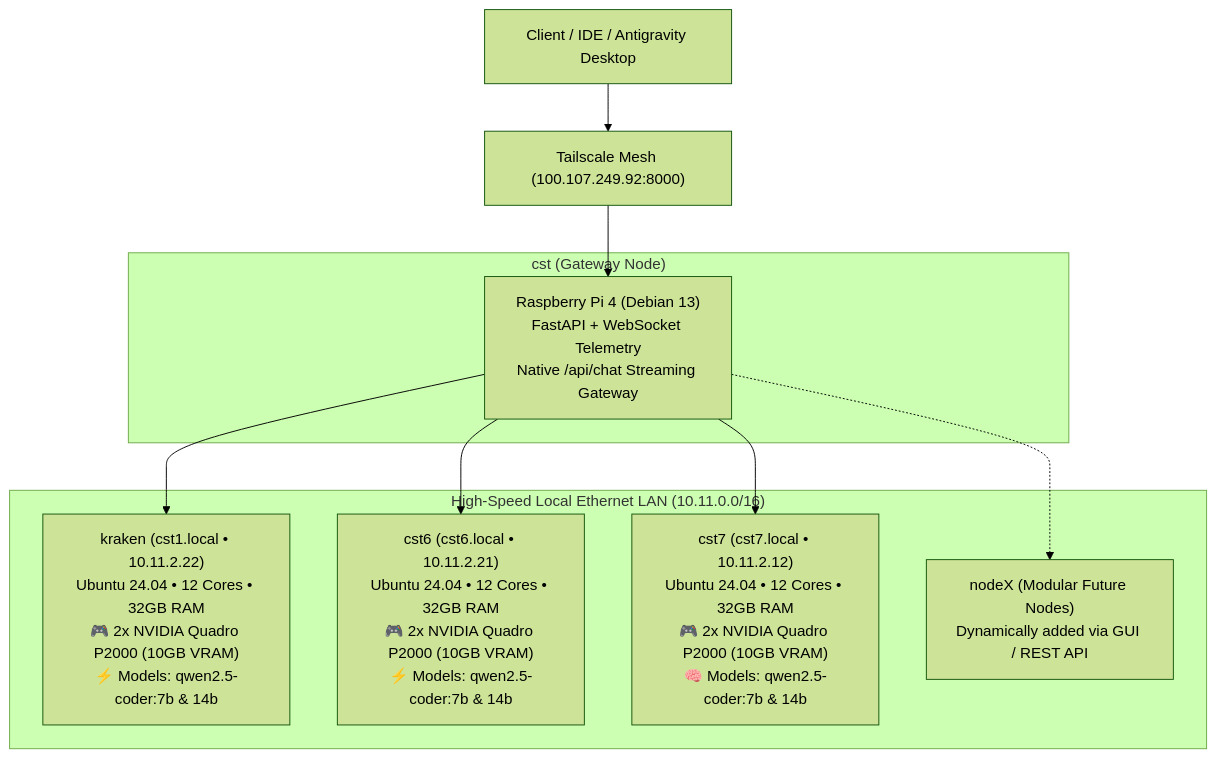
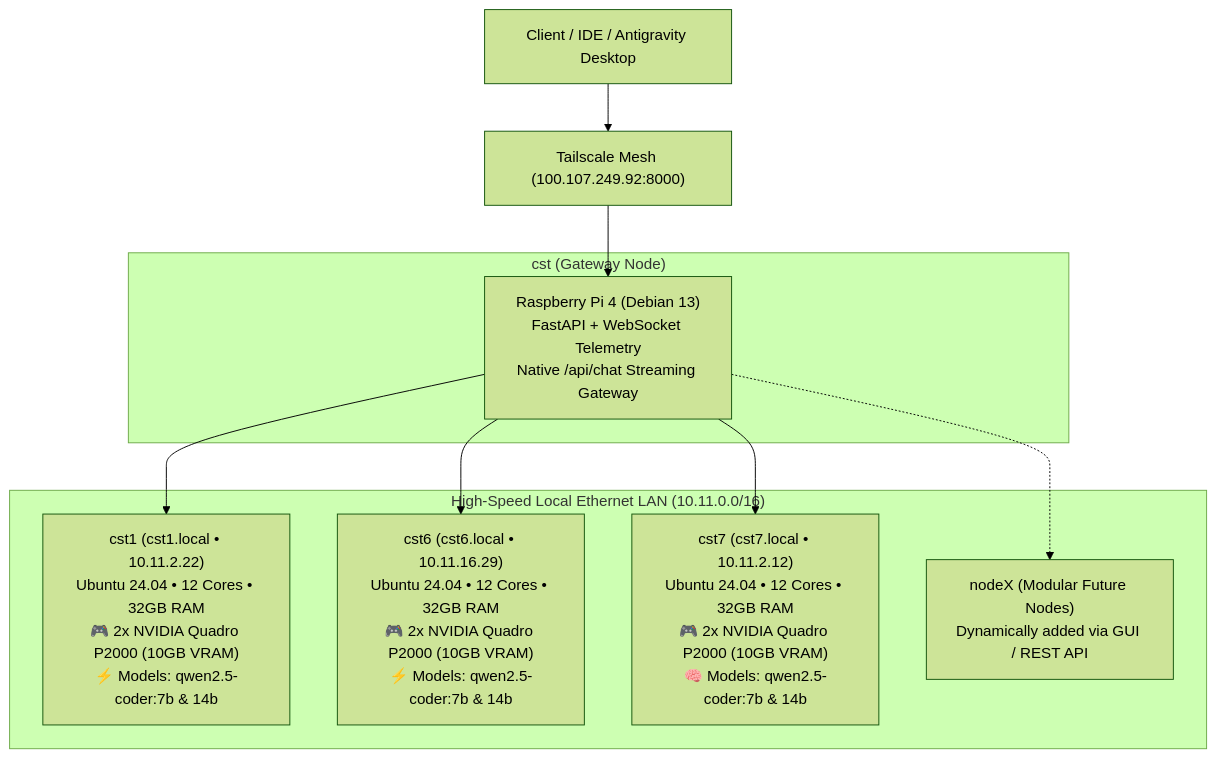
One commit to EchoedDestiny428/courtesy changed the diagram in README.md. Above: the diagram before and after it, drawn with Mermaid (forest theme). The commit also changed other lines of this file and 7 other files, not shown here.

Commit message:
Rename kraken to cst1 and implement live cluster pinging with GPU/CPU telemetry on IDE launch

````diff
--- a/README.md
+++ b/README.md
@@ -9,23 +9,23 @@
 ```mermaid
 graph TD
     Client["Client / IDE / Antigravity Desktop"]
     Tailscale["Tailscale Mesh (100.107.249.92:8000)"]
     
     subgraph Gateway ["cst (Gateway Node)"]
         Pi["Raspberry Pi 4 (Debian 13)<br>FastAPI + WebSocket Telemetry<br>Native /api/chat Streaming Gateway"]
     end
 
     subgraph Cluster ["High-Speed Local Ethernet LAN (10.11.0.0/16)"]
-        Kraken["kraken (cst1.local • 10.11.2.22)<br>Ubuntu 24.04 • 12 Cores • 32GB RAM<br>🎮 2x NVIDIA Quadro P2000 (10GB VRAM)<br>⚡ Models: qwen2.5-coder:7b & 14b"]
-        CST6["cst6 (cst6.local • 10.11.2.21)<br>Ubuntu 24.04 • 12 Cores • 32GB RAM<br>🎮 2x NVIDIA Quadro P2000 (10GB VRAM)<br>⚡ Models: qwen2.5-coder:7b & 14b"]
+        CST1["cst1 (cst1.local • 10.11.2.22)<br>Ubuntu 24.04 • 12 Cores • 32GB RAM<br>🎮 2x NVIDIA Quadro P2000 (10GB VRAM)<br>⚡ Models: qwen2.5-coder:7b & 14b"]
+        CST6["cst6 (cst6.local • 10.11.16.29)<br>Ubuntu 24.04 • 12 Cores • 32GB RAM<br>🎮 2x NVIDIA Quadro P2000 (10GB VRAM)<br>⚡ Models: qwen2.5-coder:7b & 14b"]
         CST7["cst7 (cst7.local • 10.11.2.12)<br>Ubuntu 24.04 • 12 Cores • 32GB RAM<br>🎮 2x NVIDIA Quadro P2000 (10GB VRAM)<br>🧠 Models: qwen2.5-coder:7b & 14b"]
         NewNode["nodeX (Modular Future Nodes)<br>Dynamically added via GUI / REST API"]
     end
 
     Client --> Tailscale
     Tailscale --> Pi
-    Pi --> Kraken
+    Pi --> CST1
     Pi --> CST6
     Pi --> CST7
     Pi -.-> NewNode
 ```
````
